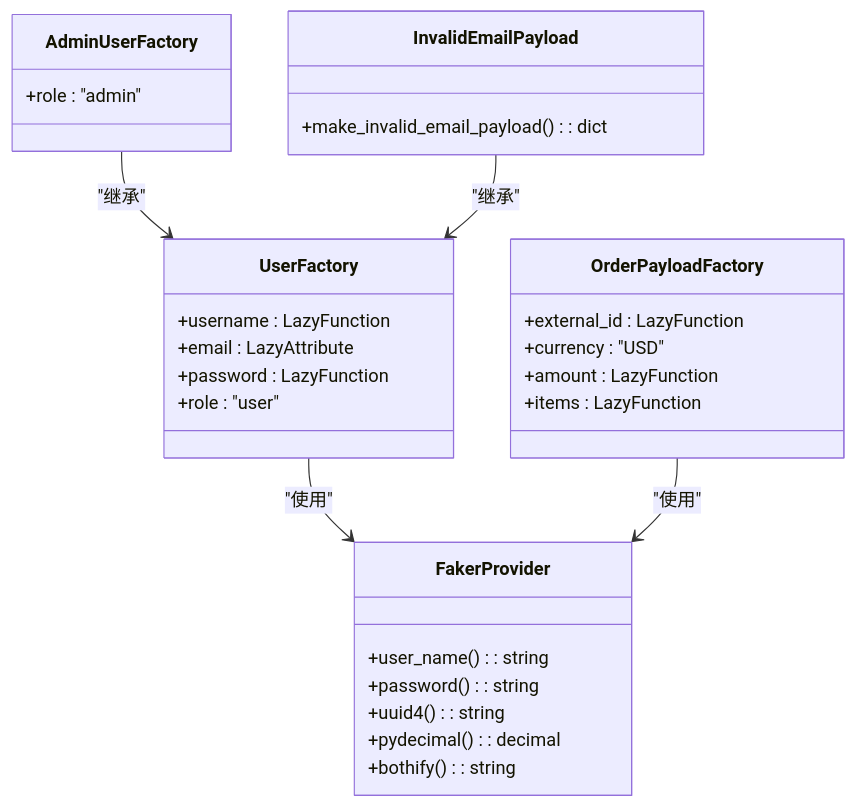
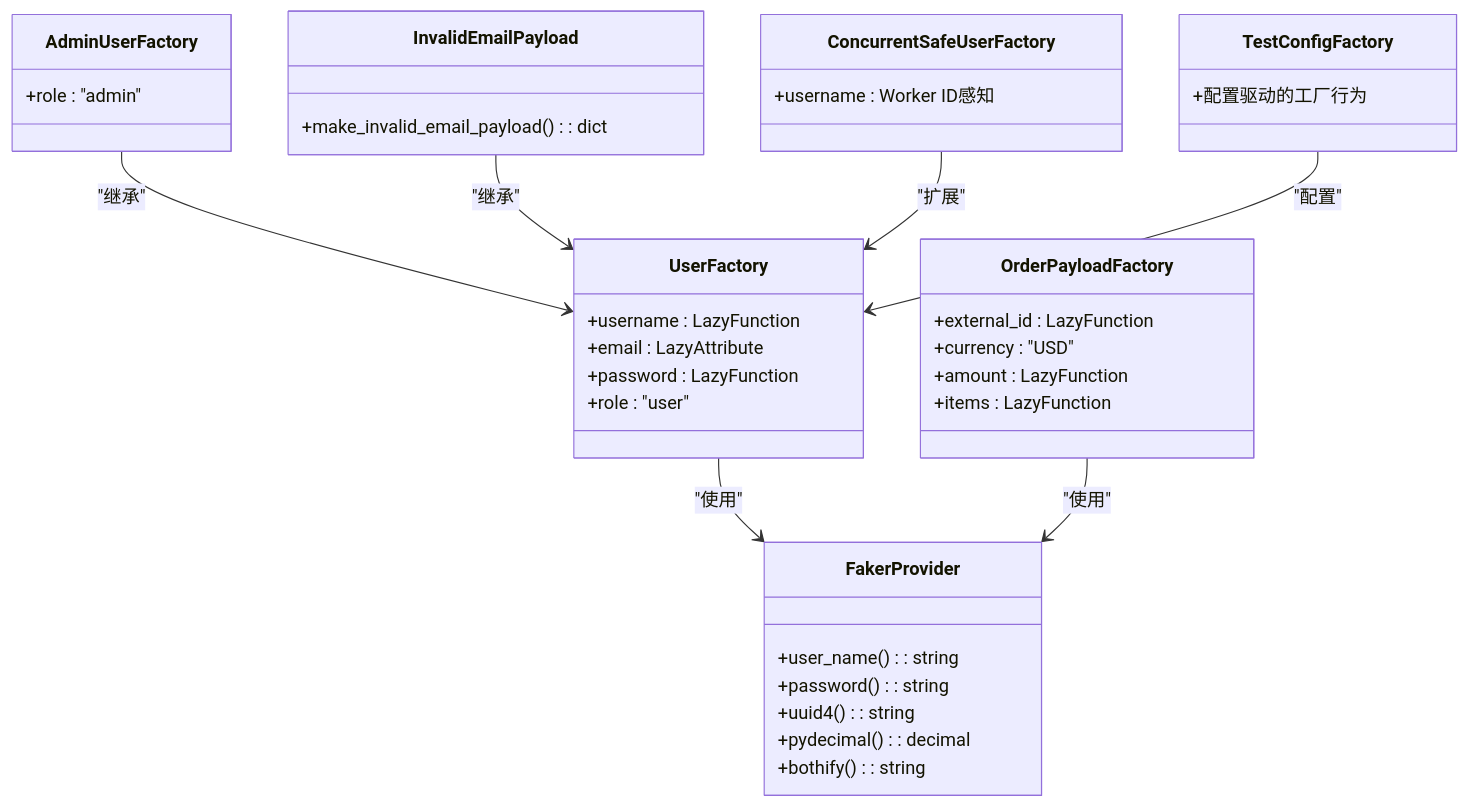
The fourth of 22 diagrams in .qoder/repowiki/zh/content/Altas Workflow Core/pytest测试模式参考.md (AngelWings1997/altas), drawn with Mermaid before and after one commit. The commit also changed other lines of this file and 16 other files, not shown here.

````diff
--- a/.qoder/repowiki/zh/content/Altas Workflow Core/pytest测试模式参考.md
+++ b/.qoder/repowiki/zh/content/Altas Workflow Core/pytest测试模式参考.md
@@ -251,32 +318,40 @@
 ```mermaid
 classDiagram
 class UserFactory {
 +username : LazyFunction
 +email : LazyAttribute
 +password : LazyFunction
 +role : "user"
 }
 class AdminUserFactory {
 +role : "admin"
 }
 class OrderPayloadFactory {
 +external_id : LazyFunction
 +currency : "USD"
 +amount : LazyFunction
 +items : LazyFunction
 }
 class InvalidEmailPayload {
 +make_invalid_email_payload() : dict
 }
+class ConcurrentSafeUserFactory {
++username : Worker ID感知
+}
+class TestConfigFactory {
++配置驱动的工厂行为
+}
 class FakerProvider {
 +user_name() : string
 +password() : string
 +uuid4() : string
 +pydecimal() : decimal
 +bothify() : string
 }
 UserFactory --> FakerProvider : "使用"
 AdminUserFactory --> UserFactory : "继承"
 OrderPayloadFactory --> FakerProvider : "使用"
 InvalidEmailPayload --> UserFactory : "继承"
+ConcurrentSafeUserFactory --> UserFactory : "扩展"
+TestConfigFactory --> UserFactory : "配置"
 ```
````
